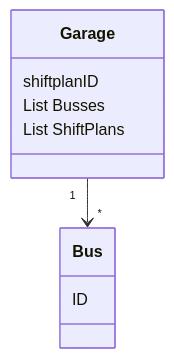
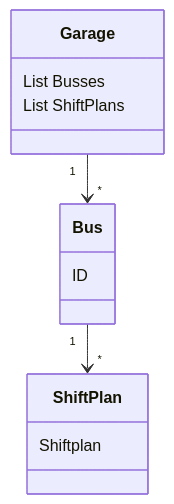
One commit to Team-14-pa-UCL/Getting-Real2 changed the diagram in Dokumentation/Iteration 2/Use Case 5/Domain.mmd. Above: the diagram before and after it, drawn with Mermaid. The commit also changed 5 other files, not shown here.

Commit message:
added ShiftPlan class added shiftPlan to Bus constructor in BUS class added Shiftplan to UIGarage both as userinput and as parameter in create bus object added ShiftPlan property to BUS class

```diff
--- a/Dokumentation/Iteration 2/Use Case 5/Domain.mmd
+++ b/Dokumentation/Iteration 2/Use Case 5/Domain.mmd
@@ -1,11 +1,14 @@
 classDiagram
+    class ShiftPlan{
+		Shiftplan
+	}
     class Bus {
         ID
 
     }
     class Garage {
-        shiftplanID
         List Busses
         List ShiftPlans
     }
     Garage "1" --> "*" Bus
+    Bus "1" --> "*" ShiftPlan
```
